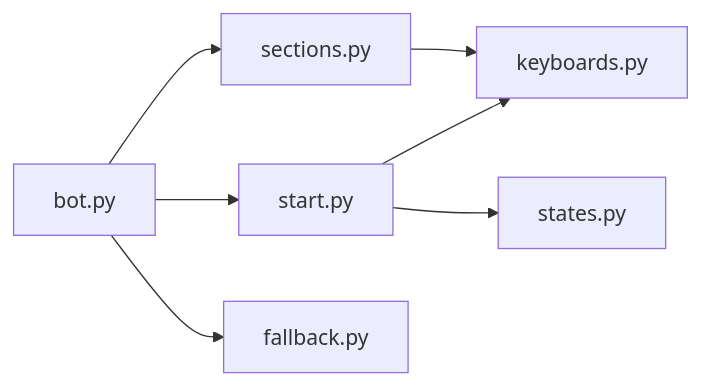
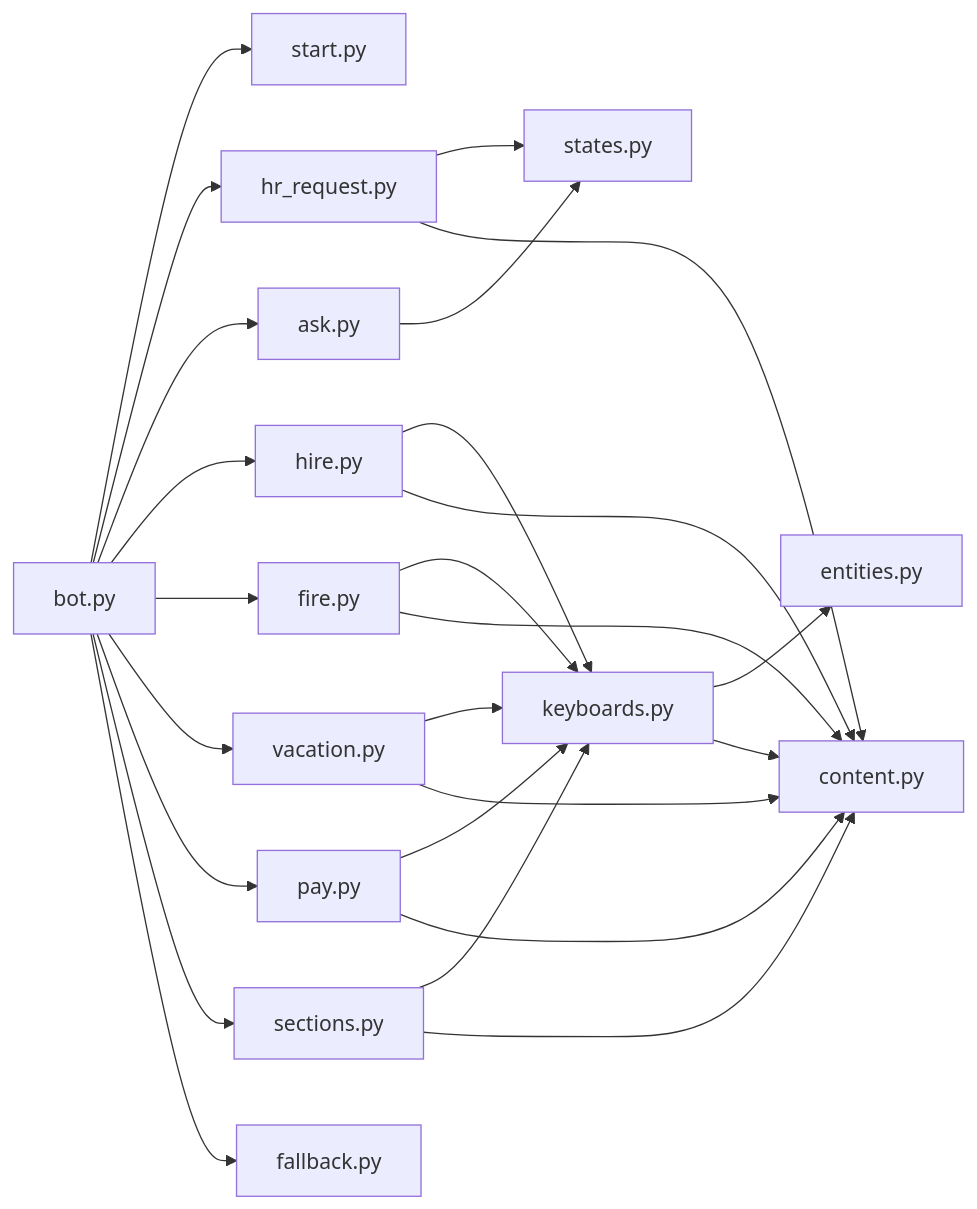
The seventh of 7 diagrams in .qoder/repowiki/en/content/Handler System/Sections Handler.md (ognelis/cafetera_hr_bot), drawn with Mermaid before and after one commit. The commit also changed other lines of this file and 15 other files, not shown here.

````diff
--- a/.qoder/repowiki/en/content/Handler System/Sections Handler.md
+++ b/.qoder/repowiki/en/content/Handler System/Sections Handler.md
@@ -243,9 +454,27 @@
 ```mermaid
 graph LR
-SECTIONS["sections.py"] --> KEYBOARDS["keyboards.py"]
-START["start.py"] --> KEYBOARDS
-BOT["bot.py"] --> SECTIONS
-BOT --> START
+BOT["bot.py"] --> START["start.py"]
+BOT --> HR_REQUEST["hr_request.py"]
+BOT --> ASK["ask.py"]
+BOT --> HIRE["hire.py"]
+BOT --> FIRE["fire.py"]
+BOT --> VACATION["vacation.py"]
+BOT --> PAY["pay.py"]
+BOT --> SECTIONS["sections.py"]
 BOT --> FALLBACK["fallback.py"]
-START --> STATES["states.py"]
+HR_REQUEST --> STATES["states.py"]
+ASK --> STATES
+HIRE --> KEYBOARDS["keyboards.py"]
+FIRE --> KEYBOARDS
+VACATION --> KEYBOARDS
+PAY --> KEYBOARDS
+SECTIONS --> KEYBOARDS
+KEYBOARDS --> ENTITIES["entities.py"]
+KEYBOARDS --> CONTENT["content.py"]
+HR_REQUEST --> CONTENT
+HIRE --> CONTENT
+FIRE --> CONTENT
+VACATION --> CONTENT
+PAY --> CONTENT
+SECTIONS --> CONTENT
 ```
````
